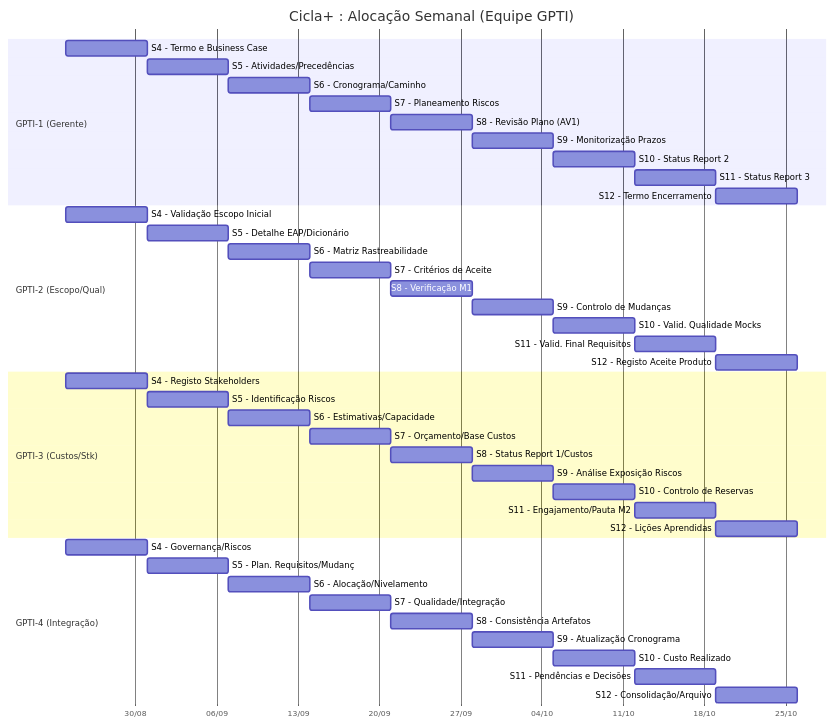
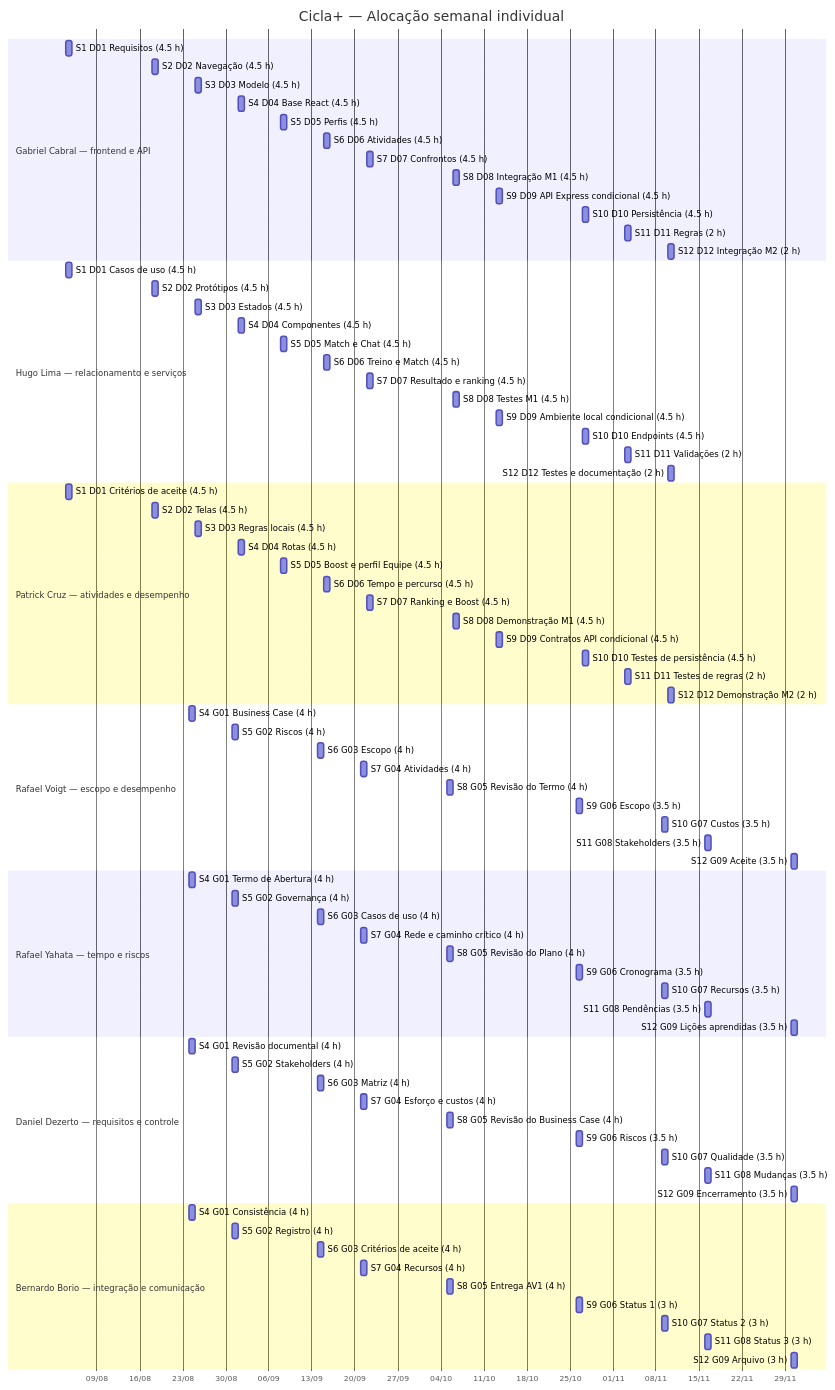
Before and after one commit to cruzPatrick/ciclaPlus: the second of 2 diagrams in docs/plano-projeto1.md, drawn with Mermaid. The commit also changed other lines of this file, not shown here.

````diff
--- a/docs/plano-projeto1.md
+++ b/docs/plano-projeto1.md
@@ -224,50 +294,92 @@
 ```mermaid
 gantt
-    title Cicla+ : Alocação Semanal (Equipe GPTI)
-    dateFormat  YYYY-MM-DD
-    axisFormat  %d/%m
-    
-    section GPTI-1 (Gerente)
-    S4 - Termo e Business Case   :2026-08-24, 7d
-    S5 - Atividades/Precedências :2026-08-31, 7d
-    S6 - Cronograma/Caminho      :2026-09-07, 7d
-    S7 - Planeamento Riscos      :2026-09-14, 7d
-    S8 - Revisão Plano (AV1)     :2026-09-21, 7d
-    S9 - Monitorização Prazos    :2026-09-28, 7d
-    S10 - Status Report 2        :2026-10-05, 7d
-    S11 - Status Report 3        :2026-10-12, 7d
-    S12 - Termo Encerramento     :2026-10-19, 7d
-    
-    section GPTI-2 (Escopo/Qual)
-    S4 - Validação Escopo Inicial:2026-08-24, 7d
-    S5 - Detalhe EAP/Dicionário  :2026-08-31, 7d
-    S6 - Matriz Rastreabilidade  :2026-09-07, 7d
-    S7 - Critérios de Aceite     :2026-09-14, 7d
-    S8 - Verificação M1          :2026-09-21, 7d
-    S9 - Controlo de Mudanças    :2026-09-28, 7d
-    S10 - Valid. Qualidade Mocks :2026-10-05, 7d
-    S11 - Valid. Final Requisitos:2026-10-12, 7d
-    S12 - Registo Aceite Produto :2026-10-19, 7d
-    
-    section GPTI-3 (Custos/Stk)
-    S4 - Registo Stakeholders    :2026-08-24, 7d
-    S5 - Identificação Riscos    :2026-08-31, 7d
-    S6 - Estimativas/Capacidade  :2026-09-07, 7d
-    S7 - Orçamento/Base Custos   :2026-09-14, 7d
-    S8 - Status Report 1/Custos  :2026-09-21, 7d
-    S9 - Análise Exposição Riscos:2026-09-28, 7d
-    S10 - Controlo de Reservas   :2026-10-05, 7d
-    S11 - Engajamento/Pauta M2   :2026-10-12, 7d
-    S12 - Lições Aprendidas      :2026-10-19, 7d
-    
-    section GPTI-4 (Integração)
-    S4 - Governança/Riscos       :2026-08-24, 7d
-    S5 - Plan. Requisitos/Mudanç :2026-08-31, 7d
-    S6 - Alocação/Nivelamento    :2026-09-07, 7d
-    S7 - Qualidade/Integração    :2026-09-14, 7d
-    S8 - Consistência Artefatos  :2026-09-21, 7d
-    S9 - Atualização Cronograma  :2026-09-28, 7d
-    S10 - Custo Realizado        :2026-10-05, 7d
-    S11 - Pendências e Decisões  :2026-10-12, 7d
-    S12 - Consolidação/Arquivo   :2026-10-19, 7d
+    title Cicla+ — Alocação semanal individual
+    dateFormat YYYY-MM-DD
+    axisFormat %d/%m
+
+    section Gabriel Cabral — frontend e API
+    S1 D01 Requisitos (4.5 h) :p1s1, 2026-08-04, 1d
+    S2 D02 Navegação (4.5 h) :p1s2, 2026-08-18, 1d
+    S3 D03 Modelo (4.5 h) :p1s3, 2026-08-25, 1d
+    S4 D04 Base React (4.5 h) :p1s4, 2026-09-01, 1d
+    S5 D05 Perfis (4.5 h) :p1s5, 2026-09-08, 1d
+    S6 D06 Atividades (4.5 h) :p1s6, 2026-09-15, 1d
+    S7 D07 Confrontos (4.5 h) :p1s7, 2026-09-22, 1d
+    S8 D08 Integração M1 (4.5 h) :p1s8, 2026-10-06, 1d
+    S9 D09 API Express condicional (4.5 h) :p1s9, 2026-10-13, 1d
+    S10 D10 Persistência (4.5 h) :p1s10, 2026-10-27, 1d
+    S11 D11 Regras (2 h) :p1s11, 2026-11-03, 1d
+    S12 D12 Integração M2 (2 h) :p1s12, 2026-11-10, 1d
+
+    section Hugo Lima — relacionamento e serviços
+    S1 D01 Casos de uso (4.5 h) :p2s1, 2026-08-04, 1d
+    S2 D02 Protótipos (4.5 h) :p2s2, 2026-08-18, 1d
+    S3 D03 Estados (4.5 h) :p2s3, 2026-08-25, 1d
+    S4 D04 Componentes (4.5 h) :p2s4, 2026-09-01, 1d
+    S5 D05 Match e Chat (4.5 h) :p2s5, 2026-09-08, 1d
+    S6 D06 Treino e Match (4.5 h) :p2s6, 2026-09-15, 1d
+    S7 D07 Resultado e ranking (4.5 h) :p2s7, 2026-09-22, 1d
+    S8 D08 Testes M1 (4.5 h) :p2s8, 2026-10-06, 1d
+    S9 D09 Ambiente local condicional (4.5 h) :p2s9, 2026-10-13, 1d
+    S10 D10 Endpoints (4.5 h) :p2s10, 2026-10-27, 1d
+    S11 D11 Validações (2 h) :p2s11, 2026-11-03, 1d
+    S12 D12 Testes e documentação (2 h) :p2s12, 2026-11-10, 1d
+
+    section Patrick Cruz — atividades e desempenho
+    S1 D01 Critérios de aceite (4.5 h) :p3s1, 2026-08-04, 1d
+    S2 D02 Telas (4.5 h) :p3s2, 2026-08-18, 1d
+    S3 D03 Regras locais (4.5 h) :p3s3, 2026-08-25, 1d
+    S4 D04 Rotas (4.5 h) :p3s4, 2026-09-01, 1d
+    S5 D05 Boost e perfil Equipe (4.5 h) :p3s5, 2026-09-08, 1d
+    S6 D06 Tempo e percurso (4.5 h) :p3s6, 2026-09-15, 1d
+    S7 D07 Ranking e Boost (4.5 h) :p3s7, 2026-09-22, 1d
+    S8 D08 Demonstração M1 (4.5 h) :p3s8, 2026-10-06, 1d
+    S9 D09 Contratos API condicional (4.5 h) :p3s9, 2026-10-13, 1d
+    S10 D10 Testes de persistência (4.5 h) :p3s10, 2026-10-27, 1d
+    S11 D11 Testes de regras (2 h) :p3s11, 2026-11-03, 1d
+    S12 D12 Demonstração M2 (2 h) :p3s12, 2026-11-10, 1d
+
+    section Rafael Voigt — escopo e desempenho
+    S4 G01 Business Case (4 h) :g1s4, 2026-08-24, 1d
+    S5 G02 Riscos (4 h) :g1s5, 2026-08-31, 1d
+    S6 G03 Escopo (4 h) :g1s6, 2026-09-14, 1d
+    S7 G04 Atividades (4 h) :g1s7, 2026-09-21, 1d
+    S8 G05 Revisão do Termo (4 h) :g1s8, 2026-10-05, 1d
+    S9 G06 Escopo (3.5 h) :g1s9, 2026-10-26, 1d
+    S10 G07 Custos (3.5 h) :g1s10, 2026-11-09, 1d
+    S11 G08 Stakeholders (3.5 h) :g1s11, 2026-11-16, 1d
+    S12 G09 Aceite (3.5 h) :g1s12, 2026-11-30, 1d
+
+    section Rafael Yahata — tempo e riscos
+    S4 G01 Termo de Abertura (4 h) :g2s4, 2026-08-24, 1d
+    S5 G02 Governança (4 h) :g2s5, 2026-08-31, 1d
+    S6 G03 Casos de uso (4 h) :g2s6, 2026-09-14, 1d
+    S7 G04 Rede e caminho crítico (4 h) :g2s7, 2026-09-21, 1d
+    S8 G05 Revisão do Plano (4 h) :g2s8, 2026-10-05, 1d
+    S9 G06 Cronograma (3.5 h) :g2s9, 2026-10-26, 1d
+    S10 G07 Recursos (3.5 h) :g2s10, 2026-11-09, 1d
+    S11 G08 Pendências (3.5 h) :g2s11, 2026-11-16, 1d
+    S12 G09 Lições aprendidas (3.5 h) :g2s12, 2026-11-30, 1d
+
+    section Daniel Dezerto — requisitos e controle
+    S4 G01 Revisão documental (4 h) :g3s4, 2026-08-24, 1d
+    S5 G02 Stakeholders (4 h) :g3s5, 2026-08-31, 1d
+    S6 G03 Matriz (4 h) :g3s6, 2026-09-14, 1d
+    S7 G04 Esforço e custos (4 h) :g3s7, 2026-09-21, 1d
+    S8 G05 Revisão do Business Case (4 h) :g3s8, 2026-10-05, 1d
+    S9 G06 Riscos (3.5 h) :g3s9, 2026-10-26, 1d
+    S10 G07 Qualidade (3.5 h) :g3s10, 2026-11-09, 1d
+    S11 G08 Mudanças (3.5 h) :g3s11, 2026-11-16, 1d
+    S12 G09 Encerramento (3.5 h) :g3s12, 2026-11-30, 1d
+
+    section Bernardo Borio — integração e comunicação
+    S4 G01 Consistência (4 h) :g4s4, 2026-08-24, 1d
+    S5 G02 Registro (4 h) :g4s5, 2026-08-31, 1d
+    S6 G03 Critérios de aceite (4 h) :g4s6, 2026-09-14, 1d
+    S7 G04 Recursos (4 h) :g4s7, 2026-09-21, 1d
+    S8 G05 Entrega AV1 (4 h) :g4s8, 2026-10-05, 1d
+    S9 G06 Status 1 (3 h) :g4s9, 2026-10-26, 1d
+    S10 G07 Status 2 (3 h) :g4s10, 2026-11-09, 1d
+    S11 G08 Status 3 (3 h) :g4s11, 2026-11-16, 1d
+    S12 G09 Arquivo (3 h) :g4s12, 2026-11-30, 1d
 ```
````
